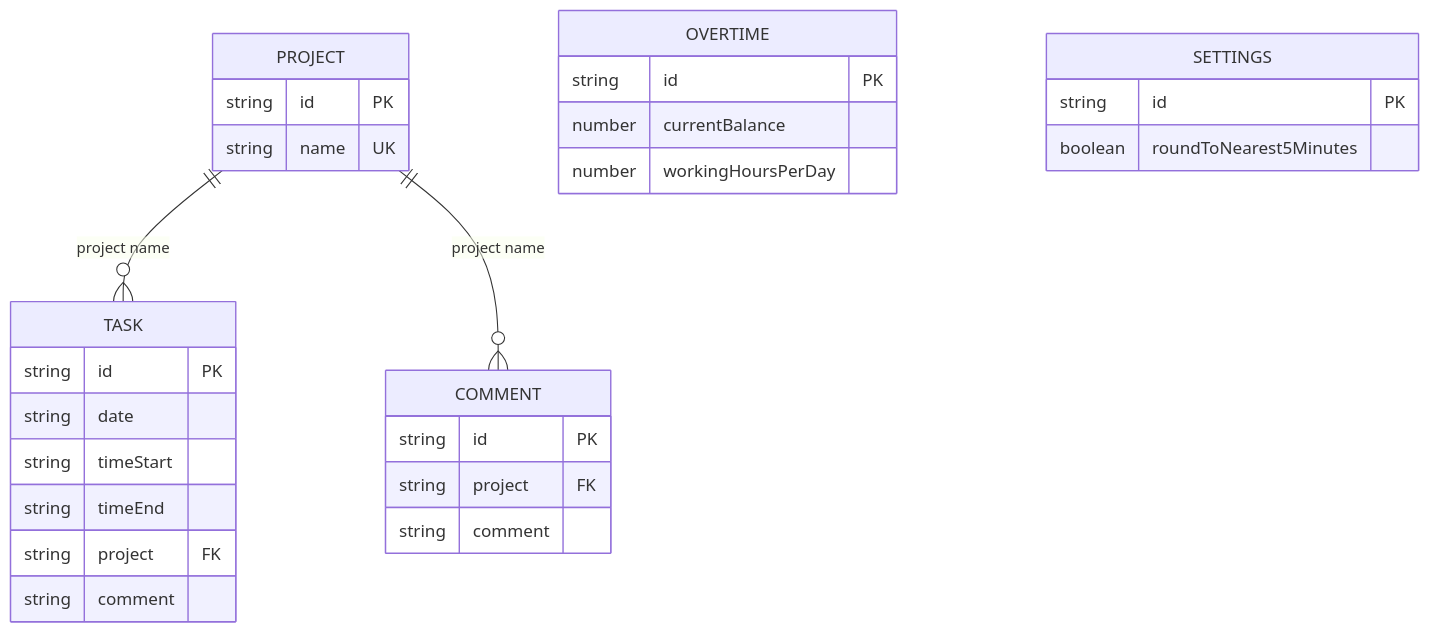
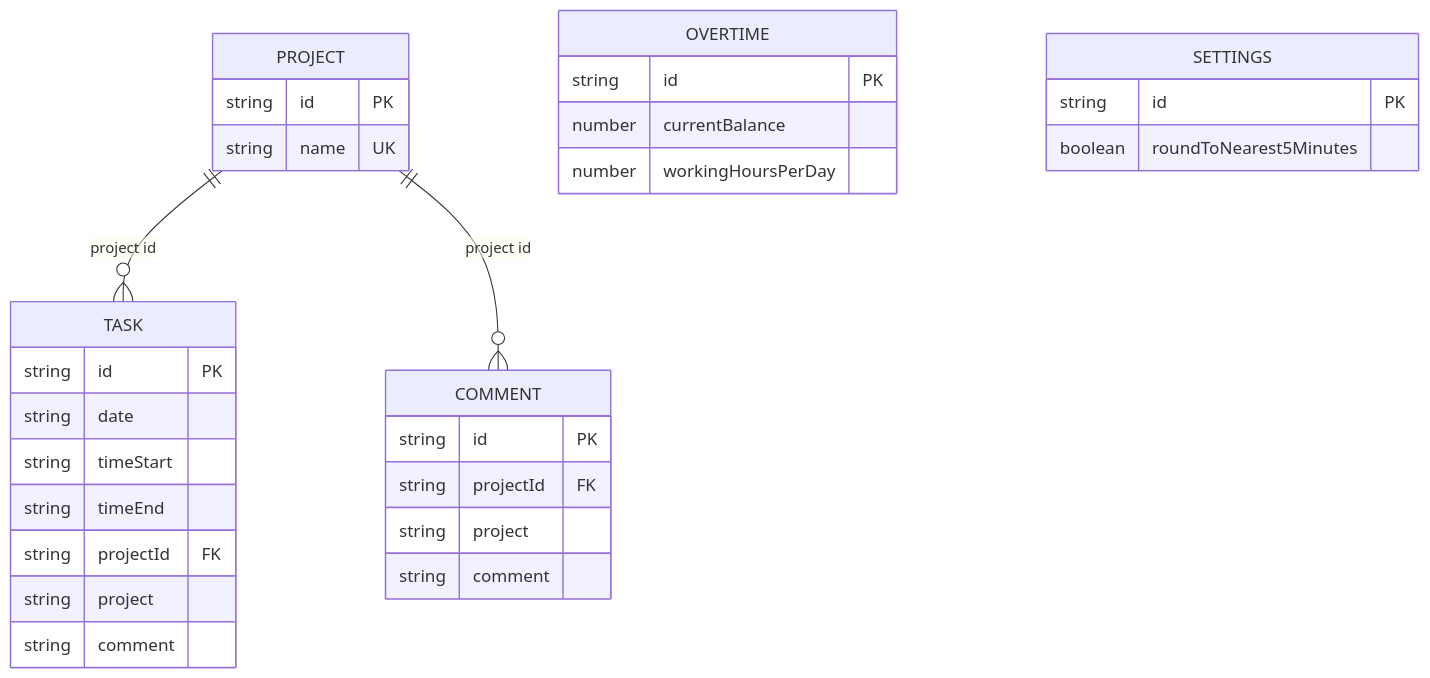
One commit to dArignac/effortum changed the diagram in docs/architecture.md. Above: the diagram before and after it, drawn with Mermaid. The commit also changed other lines of this file and 17 other files, not shown here.

````diff
--- a/docs/architecture.md
+++ b/docs/architecture.md
@@ -18,36 +18,38 @@
 ```mermaid
 erDiagram
-  PROJECT ||--o{ TASK : "project name"
-  PROJECT ||--o{ COMMENT : "project name"
+  PROJECT ||--o{ TASK : "project id"
+  PROJECT ||--o{ COMMENT : "project id"
 
   PROJECT {
     string id PK
     string name UK
   }
 
   TASK {
     string id PK
     string date
     string timeStart
     string timeEnd
-    string project FK
+    string projectId FK
+    string project
     string comment
   }
 
   COMMENT {
     string id PK
-    string project FK
+    string projectId FK
+    string project
     string comment
   }
 
   OVERTIME {
     string id PK
     number currentBalance
     number workingHoursPerDay
   }
 
   SETTINGS {
     string id PK
     boolean roundToNearest5Minutes
   }
 ```
````
